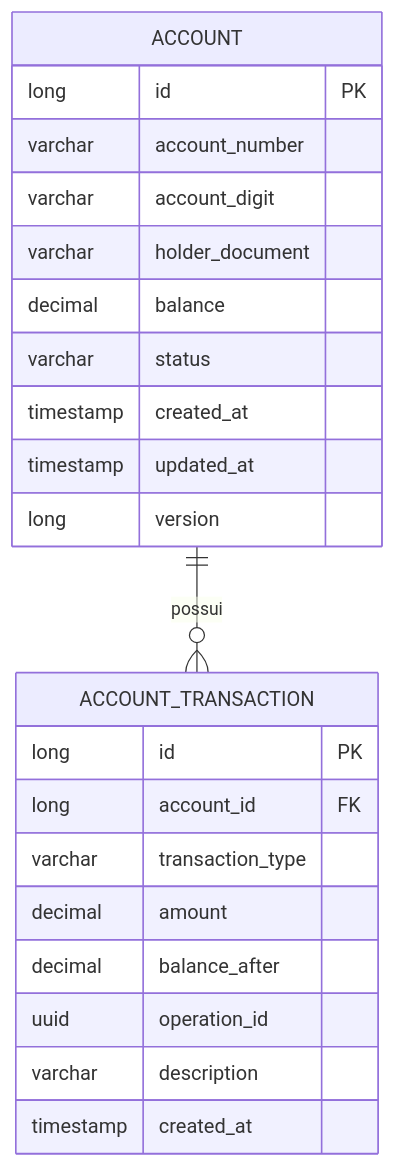
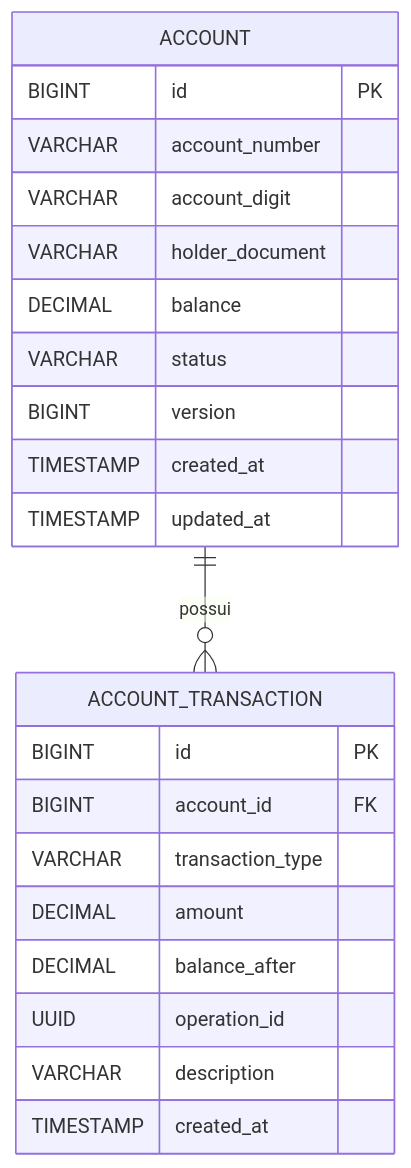
One commit to RafaelBernardinelli/Bank-Account-Api changed the second of 2 diagrams in README.md. Above: the diagram before and after it, drawn with Mermaid. The commit also changed other lines of this file, not shown here.

````diff
--- a/README.md
+++ b/README.md
@@ -199,28 +410,28 @@
 ```mermaid
 erDiagram
-	direction TB
-	ACCOUNT {
-		long id PK ""  
-		varchar account_number  ""  
-		varchar account_digit  ""  
-		varchar holder_document  ""  
-		decimal balance  ""  
-		varchar status  ""  
-		timestamp created_at  ""  
-		timestamp updated_at  ""  
-		long version  ""  
-	}
 
-	ACCOUNT_TRANSACTION {
-		long id PK ""  
-		long account_id FK ""  
-		varchar transaction_type  ""  
-		decimal amount  ""  
-		decimal balance_after  ""  
-		uuid operation_id  ""  
-		varchar description  ""  
-		timestamp created_at  ""  
-	}
+ACCOUNT {
+    BIGINT id PK
+    VARCHAR account_number
+    VARCHAR account_digit
+    VARCHAR holder_document
+    DECIMAL balance
+    VARCHAR status
+    BIGINT version
+    TIMESTAMP created_at
+    TIMESTAMP updated_at
+}
 
-	ACCOUNT||--o{ACCOUNT_TRANSACTION:"possui"
+ACCOUNT_TRANSACTION {
+    BIGINT id PK
+    BIGINT account_id FK
+    VARCHAR transaction_type
+    DECIMAL amount
+    DECIMAL balance_after
+    UUID operation_id
+    VARCHAR description
+    TIMESTAMP created_at
+}
+
+ACCOUNT ||--o{ ACCOUNT_TRANSACTION : possui
 ```
````
